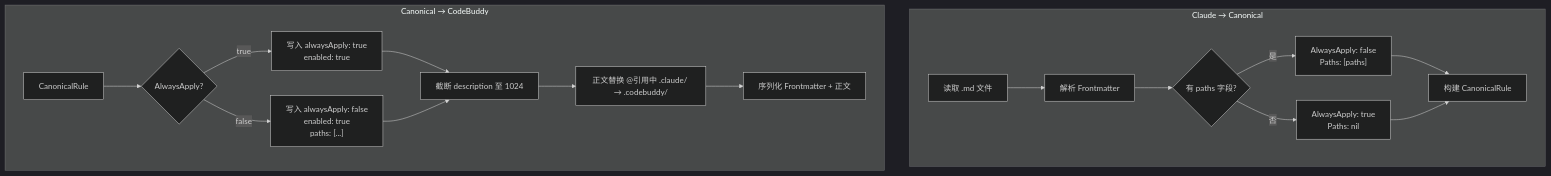
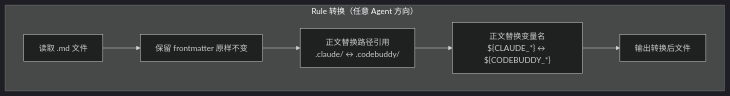
One commit to 0Litost0/pbrew changed the seventh of 9 diagrams in feature/init/requirement_design.md. Above: the diagram before and after it, drawn with Mermaid (dark theme). The commit also changed other lines of this file and 2 other files, not shown here.

````diff
--- a/feature/init/requirement_design.md
+++ b/feature/init/requirement_design.md
@@ -790,19 +793,9 @@
 ```mermaid
 flowchart TD
-    subgraph "Claude → Canonical"
-        A1["读取 .md 文件"] --> A2["解析 Frontmatter"]
-        A2 --> A3{"有 paths 字段?"}
-        A3 -- 是 --> A4["AlwaysApply: false<br/>Paths: [paths]"]
-        A3 -- 否 --> A5["AlwaysApply: true<br/>Paths: nil"]
-        A4 & A5 --> A6["构建 CanonicalRule"]
-    end
-
-    subgraph "Canonical → CodeBuddy"
-        B1["CanonicalRule"] --> B2{"AlwaysApply?"}
-        B2 -- "true" --> B3["写入 alwaysApply: true<br/>enabled: true"]
-        B2 -- "false" --> B4["写入 alwaysApply: false<br/>enabled: true<br/>paths: [...]"]
-        B3 & B4 --> B5["截断 description 至 1024"]
-        B5 --> B6["正文替换 @引用中 .claude/ → .codebuddy/"]
-        B6 --> B7["序列化 Frontmatter + 正文"]
+    subgraph "Rule 转换（任意 Agent 方向）"
+        A1["读取 .md 文件"] --> A2["保留 frontmatter 原样不变"]
+        A2 --> A3["正文替换路径引用<br/>.claude/ ↔ .codebuddy/"]
+        A3 --> A4["正文替换变量名<br/>${CLAUDE_*} ↔ ${CODEBUDDY_*}"]
+        A4 --> A5["输出转换后文件"]
     end
 ```
````
